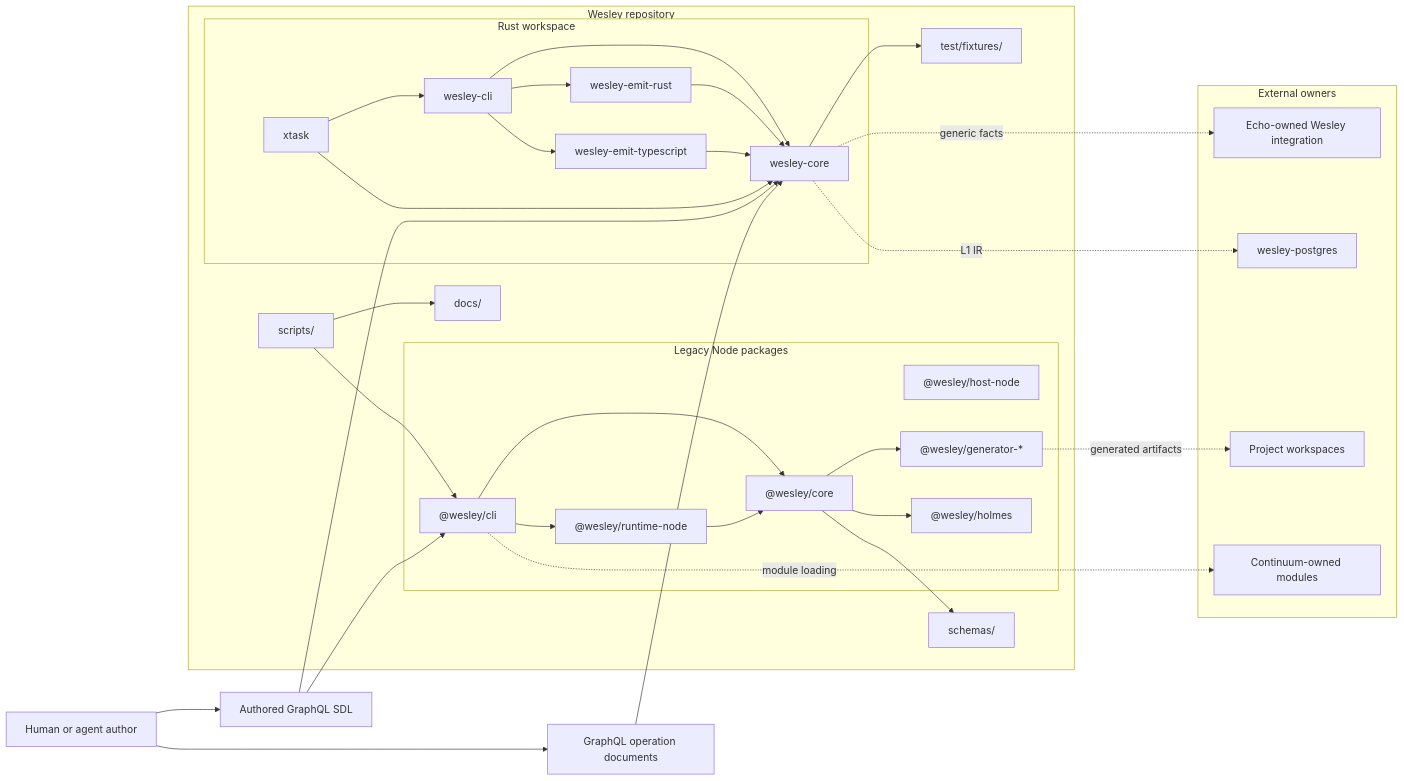
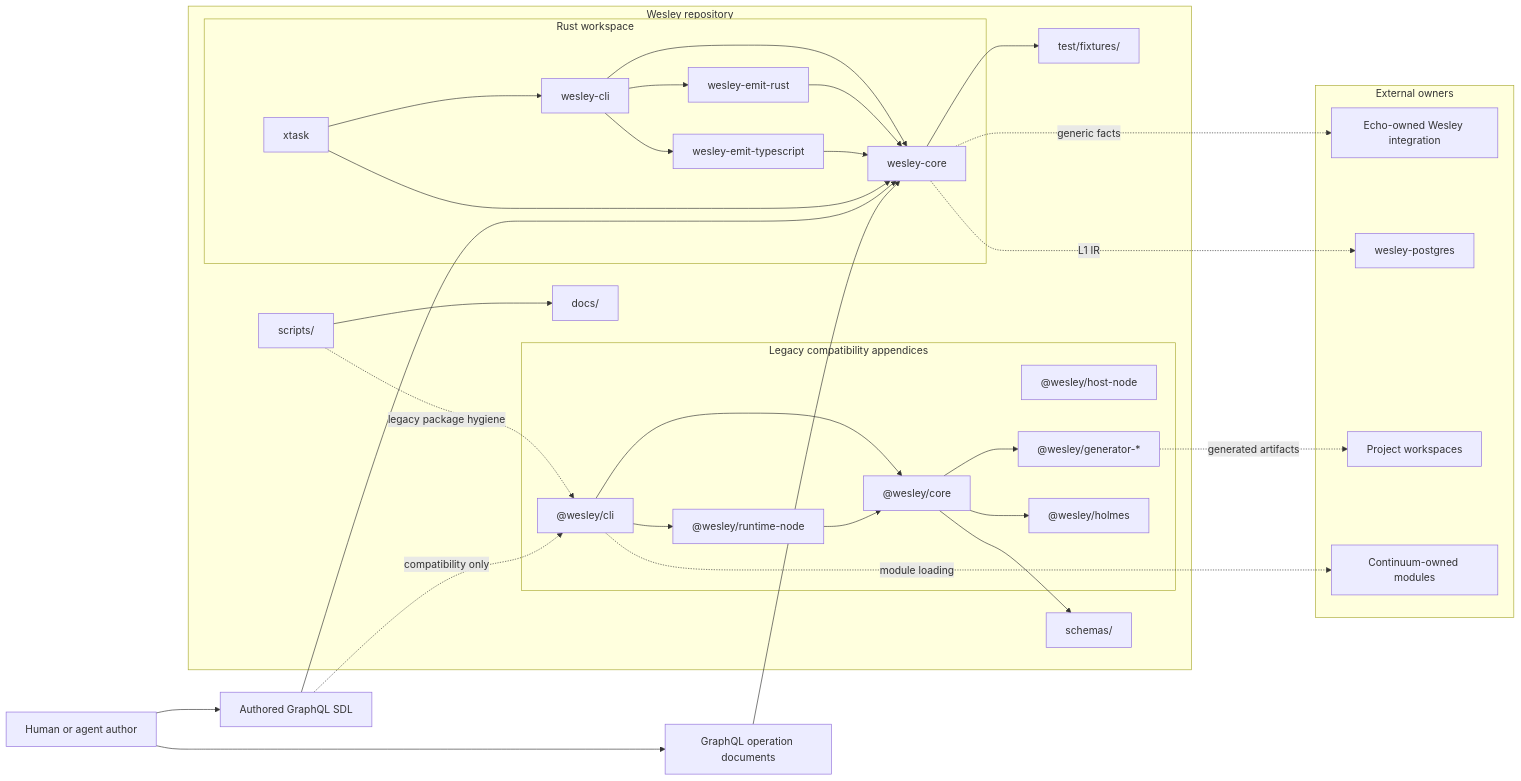
The first of 9 diagrams in docs/ARCHITECTURE.md (flyingrobots/wesley), drawn with Mermaid before and after one commit. The commit also changed other lines of this file and 54 other files, not shown here.

Commit message:
feat: retire node package authority

````diff
--- a/docs/ARCHITECTURE.md
+++ b/docs/ARCHITECTURE.md
@@ -52,63 +53,63 @@
 ```mermaid
 flowchart LR
     Author[Human or agent author] --> SDL[Authored GraphQL SDL]
     Author --> OP[GraphQL operation documents]
 
     subgraph WesleyRepo["Wesley repository"]
         subgraph Rust["Rust workspace"]
             Core[wesley-core]
             RustEmitter[wesley-emit-rust]
             TsEmitter[wesley-emit-typescript]
             NativeCli[wesley-cli]
             Xtask[xtask]
         end
 
-        subgraph Node["Legacy Node packages"]
+        subgraph Node["Legacy compatibility appendices"]
             JsCore["@wesley/core"]
             JsCli["@wesley/cli"]
             Runtime["@wesley/runtime-node"]
             HostNode["@wesley/host-node"]
             Generators["@wesley/generator-*"]
             Holmes["@wesley/holmes"]
         end
 
         Docs[docs/]
         Schemas[schemas/]
         Fixtures[test/fixtures/]
         Scripts[scripts/]
     end
 
     subgraph External["External owners"]
         Echo[Echo-owned Wesley integration]
         Postgres[wesley-postgres]
         Continuum[Continuum-owned modules]
         Apps[Project workspaces]
     end
 
     SDL --> Core
     OP --> Core
     NativeCli --> Core
     NativeCli --> RustEmitter
     NativeCli --> TsEmitter
     RustEmitter --> Core
     TsEmitter --> Core
     Xtask --> NativeCli
     Xtask --> Core
 
-    SDL --> JsCli
+    SDL -. compatibility only .-> JsCli
     JsCli --> JsCore
     JsCli --> Runtime
     Runtime --> JsCore
     JsCore --> Generators
     JsCore --> Holmes
 
     Core --> Fixtures
     JsCore --> Schemas
     Scripts --> Docs
-    Scripts --> JsCli
+    Scripts -. legacy package hygiene .-> JsCli
 
     Core -. generic facts .-> Echo
     Core -. L1 IR .-> Postgres
     JsCli -. module loading .-> Continuum
     Generators -. generated artifacts .-> Apps
 ```
````
